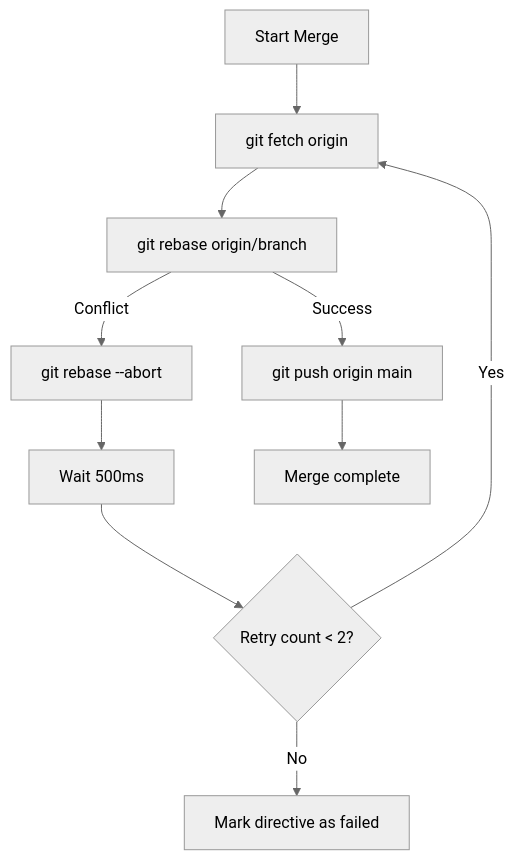
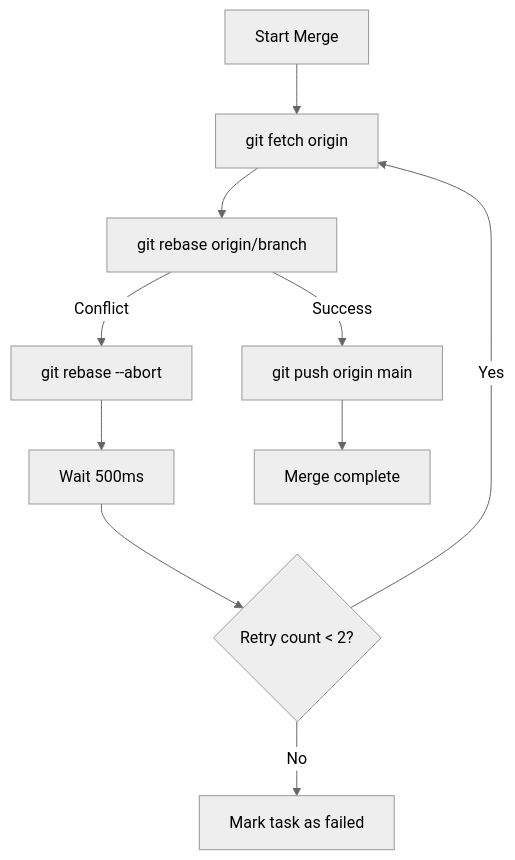
The second of 2 diagrams in docs/architecture/git-worktrees.md (dbbaskette/Worldmind), drawn with Mermaid (neutral theme) before and after one commit. The commit also changed other lines of this file and 211 other files, not shown here.

````diff
--- a/docs/architecture/git-worktrees.md
+++ b/docs/architecture/git-worktrees.md
@@ -148,12 +148,12 @@
 ```mermaid
 flowchart TD
     Start[Start Merge] --> Fetch[git fetch origin]
     Fetch --> Rebase[git rebase origin/branch]
     Rebase -->|Success| Push[git push origin main]
     Rebase -->|Conflict| Abort[git rebase --abort]
     Abort --> Wait[Wait 500ms]
     Wait --> Retry{Retry count < 2?}
     Retry -->|Yes| Fetch
-    Retry -->|No| Fail[Mark directive as failed]
+    Retry -->|No| Fail[Mark task as failed]
     Push --> Done[Merge complete]
 ```
````
